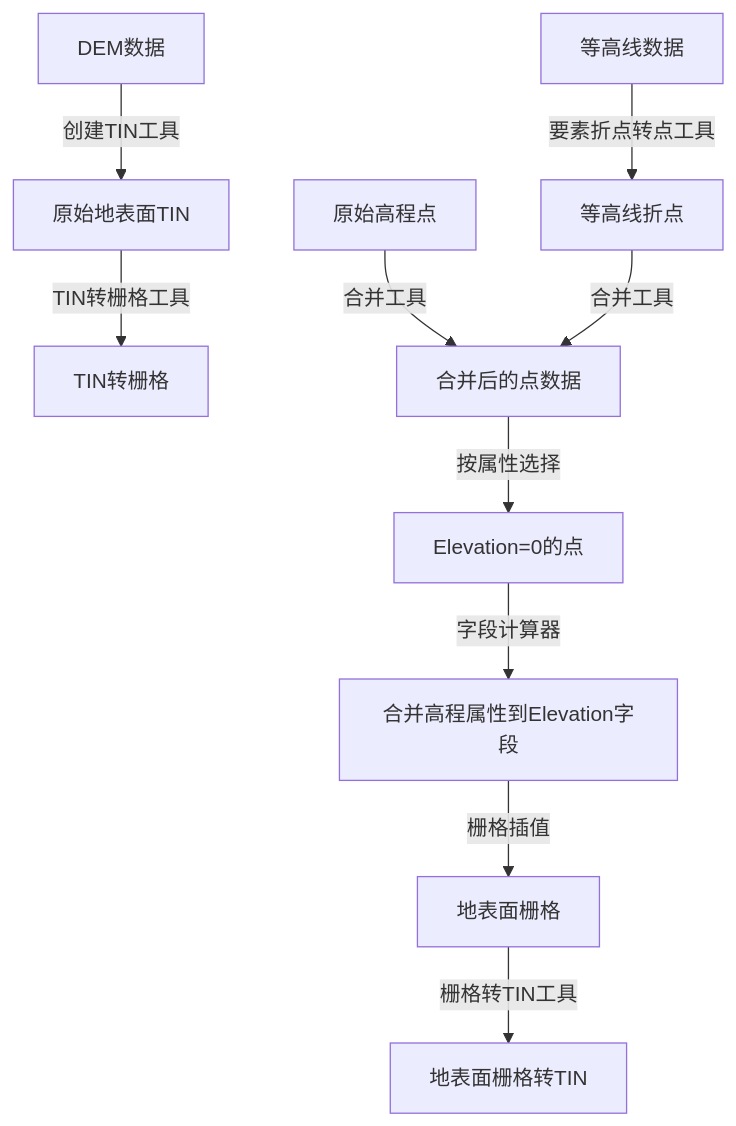
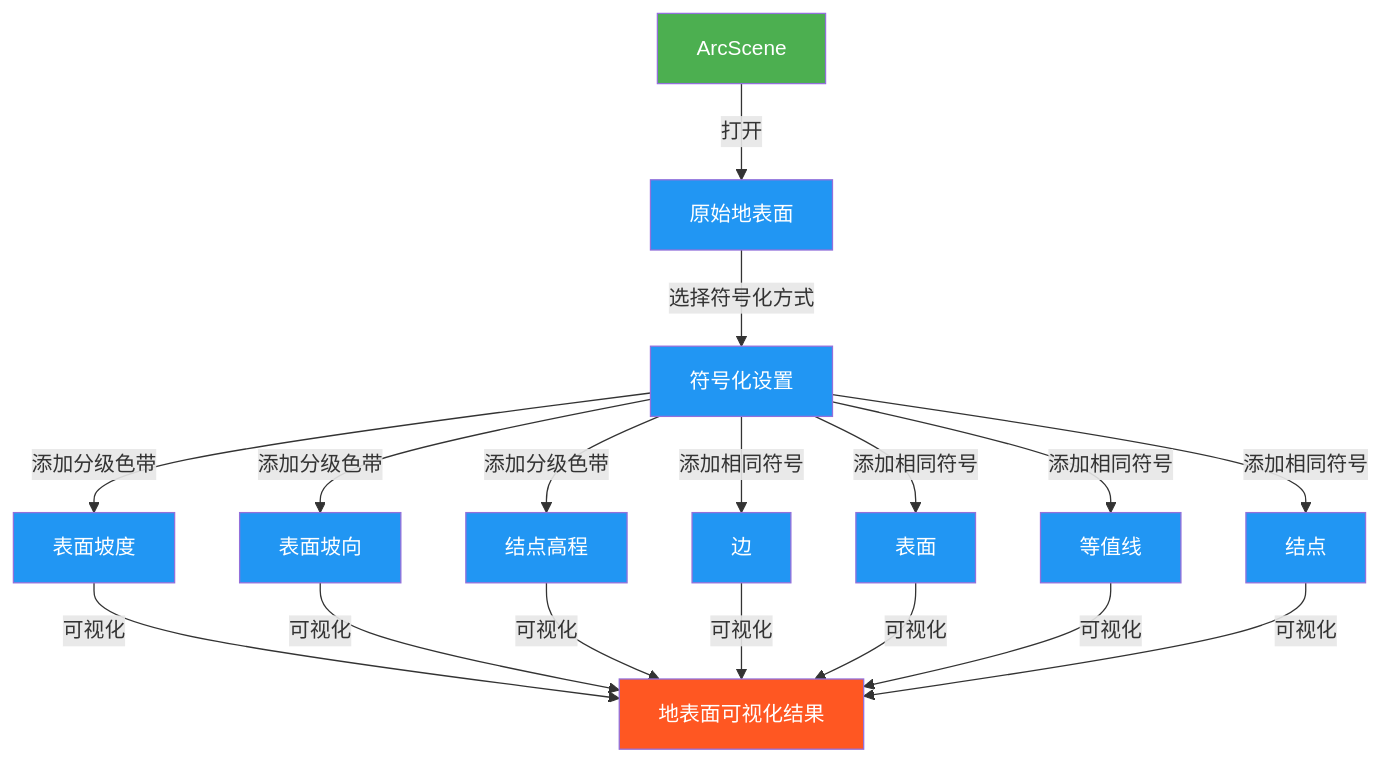
Before and after one commit to newguser/iodraw-files: the diagram in all/未命名.md, drawn with Mermaid.

Commit message:
2025-02-27 21:39:39 update

````diff
--- a/all/未命名.md
+++ b/all/未命名.md
@@ -1,14 +1,24 @@
 ```mermaid
 graph TD
-    A[DEM数据] -->|创建TIN工具| B[原始地表面TIN]
-    B -->|TIN转栅格工具| C[TIN转栅格]
-        D1[等高线数据] -->|要素折点转点工具| D2[等高线折点]
-        D3[原始高程点] -->|合并工具| D4[合并后的点数据]
-        D2 -->|合并工具| D4
-        D4 -->|按属性选择| D5[Elevation=0的点]
-        D5 -->|字段计算器| D6[合并高程属性到Elevation字段]
-        D6 -->|栅格插值| D[地表面栅格]
-        D[地表面栅格]-->|栅格转TIN工具| E[地表面栅格转TIN]
+    A[ArcScene] -->|打开| B[原始地表面]
+    B -->|选择符号化方式| C[符号化设置]
+    C -->|添加分级色带| D[表面坡度]
+    C -->|添加分级色带| E[表面坡向]
+    C -->|添加分级色带| F[结点高程]
+    C -->|添加相同符号| G[边]
+    C -->|添加相同符号| H[表面]
+    C -->|添加相同符号| I[等值线]
+    C -->|添加相同符号| J[结点]
+    D -->|可视化| K[地表面可视化结果]
+    E -->|可视化| K
+    F -->|可视化| K
+    G -->|可视化| K
+    H -->|可视化| K
+    I -->|可视化| K
+    J -->|可视化| K
 
- 
+    style A fill:#4CAF50,color:white
+    style K fill:#FF5722,color:white
+    classDef process fill:#2196F3,color:white;
+    class B,C,D,E,F,G,H,I,J process
 ```
````
